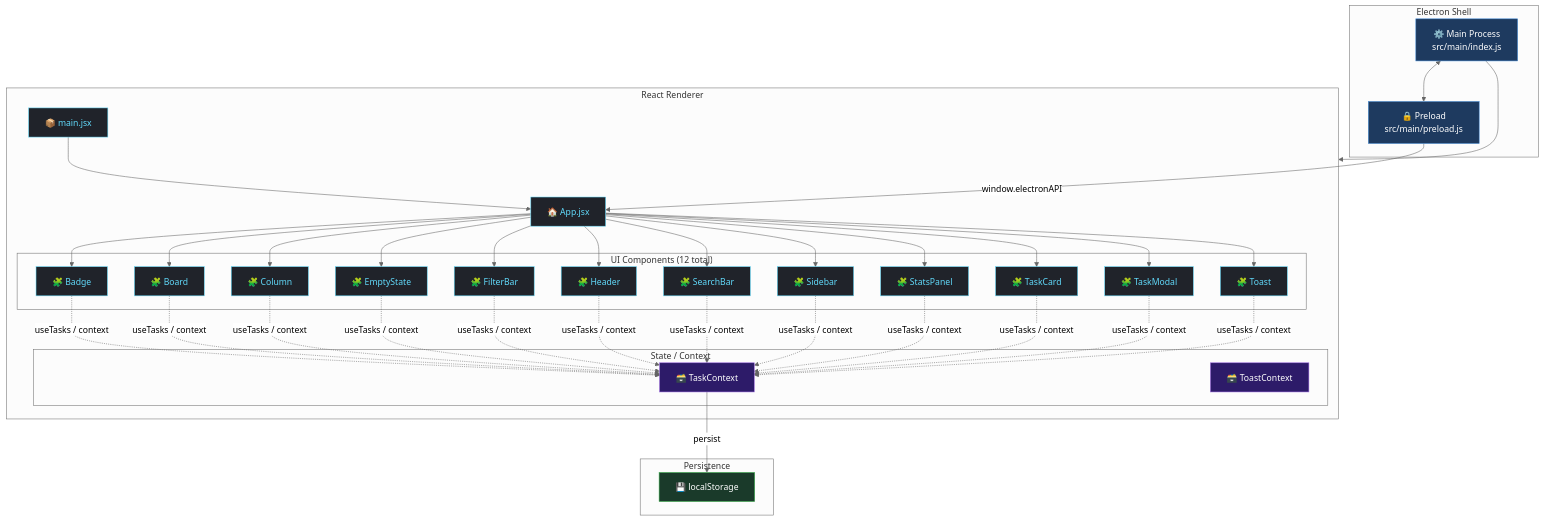
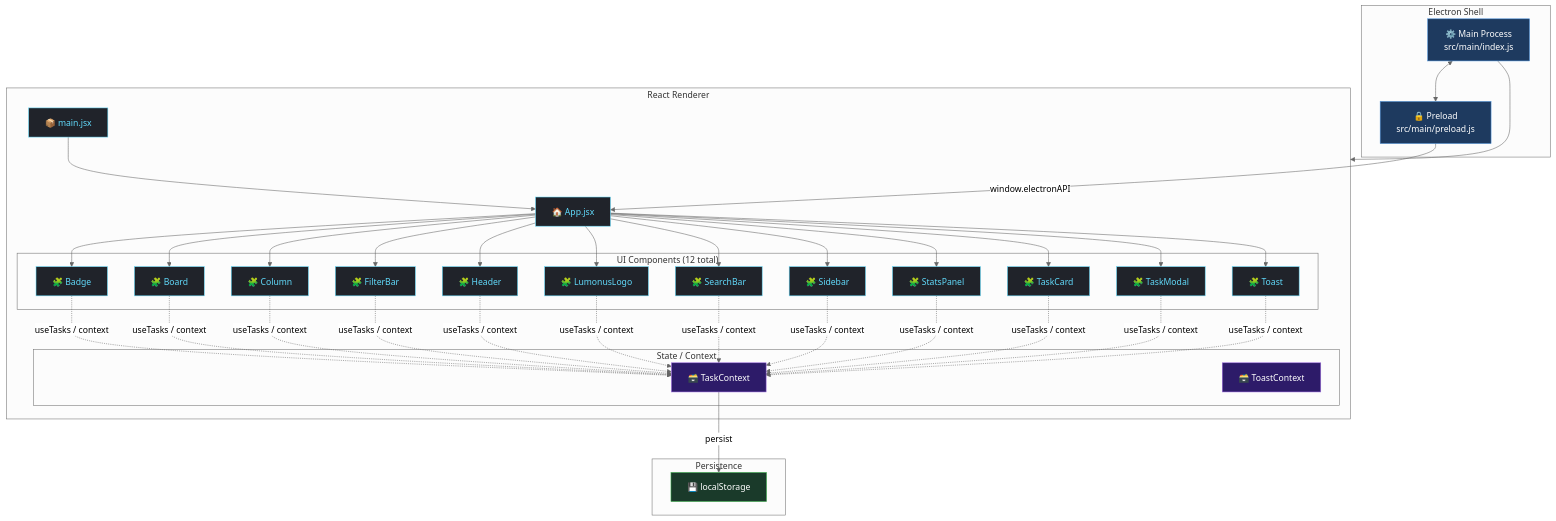
One commit to danjys/devboard changed the diagram in docs/architecture.mmd. Above: the diagram before and after it, drawn with Mermaid (neutral theme). The commit also changed 1 other file, not shown here.

Commit message:
docs: auto-update architecture diagrams [skip ci]
Updated by scripts/update-docs.js
Triggered by: manual dispatch
Run: https://github.com/danjys/devboard/actions/runs/25709711041

```diff
--- a/docs/architecture.mmd
+++ b/docs/architecture.mmd
@@ -1,83 +1,83 @@
 %% ─────────────────────────────────────────────────────────────────────────────
 %% DevBoard — Architecture Diagram
 %% Auto-generated by scripts/update-docs.js — DO NOT EDIT MANUALLY
-%% Last updated: 2026-05-11T20:28:58.222Z
+%% Last updated: 2026-05-12T02:32:47.744Z
 %% Components: 12 | Contexts: 2 | Hooks: 0
 %% ─────────────────────────────────────────────────────────────────────────────
 
 graph TB
     subgraph Electron["Electron Shell"]
         Main["⚙️ Main Process\nsrc/main/index.js"]
         Preload["🔒 Preload\nsrc/main/preload.js"]
     end
 
     subgraph ReactApp["React Renderer"]
         Entry["📦 main.jsx"]
         App["🏠 App.jsx"]
 
         subgraph Components["UI Components (12 total)"]
         Badge["🧩 Badge"]
         Board["🧩 Board"]
         Column["🧩 Column"]
-        EmptyState["🧩 EmptyState"]
         FilterBar["🧩 FilterBar"]
         Header["🧩 Header"]
+        LumonusLogo["🧩 LumonusLogo"]
         SearchBar["🧩 SearchBar"]
         Sidebar["🧩 Sidebar"]
         StatsPanel["🧩 StatsPanel"]
         TaskCard["🧩 TaskCard"]
         TaskModal["🧩 TaskModal"]
         Toast["🧩 Toast"]
         end
 
         subgraph Contexts["State / Context"]
         TaskContext["🗃️ TaskContext"]
         ToastContext["🗃️ ToastContext"]
         end
 
 
     end
 
     subgraph Storage["Persistence"]
         LS["💾 localStorage"]
     end
 
     Main --> ReactApp
     Main <--> Preload
     Preload -->|"window.electronAPI"| App
     Entry --> App
     App --> Badge
     App --> Board
     App --> Column
-    App --> EmptyState
     App --> FilterBar
     App --> Header
+    App --> LumonusLogo
     App --> SearchBar
     App --> Sidebar
     App --> StatsPanel
     App --> TaskCard
     App --> TaskModal
     App --> Toast
     Badge -.->|"useTasks / context"| TaskContext
     Board -.->|"useTasks / context"| TaskContext
     Column -.->|"useTasks / context"| TaskContext
-    EmptyState -.->|"useTasks / context"| TaskContext
     FilterBar -.->|"useTasks / context"| TaskContext
     Header -.->|"useTasks / context"| TaskContext
+    LumonusLogo -.->|"useTasks / context"| TaskContext
     SearchBar -.->|"useTasks / context"| TaskContext
     Sidebar -.->|"useTasks / context"| TaskContext
     StatsPanel -.->|"useTasks / context"| TaskContext
     TaskCard -.->|"useTasks / context"| TaskContext
     TaskModal -.->|"useTasks / context"| TaskContext
     Toast -.->|"useTasks / context"| TaskContext
     TaskContext -->|"persist"| LS
 
     classDef electron fill:#1e3a5f,stroke:#4a90d9,color:#fff
     classDef react fill:#20232a,stroke:#61dafb,color:#61dafb
     classDef context fill:#2d1b69,stroke:#9c6ade,color:#fff
     classDef storage fill:#1a3a2a,stroke:#3fb950,color:#fff
 
     class Main,Preload electron
-    class Entry,App,Badge,Board,Column,EmptyState,FilterBar,Header,SearchBar,Sidebar,StatsPanel,TaskCard,TaskModal,Toast react
+    class Entry,App,Badge,Board,Column,FilterBar,Header,LumonusLogo,SearchBar,Sidebar,StatsPanel,TaskCard,TaskModal,Toast react
     class TaskContext,ToastContext context
     class LS storage
```
